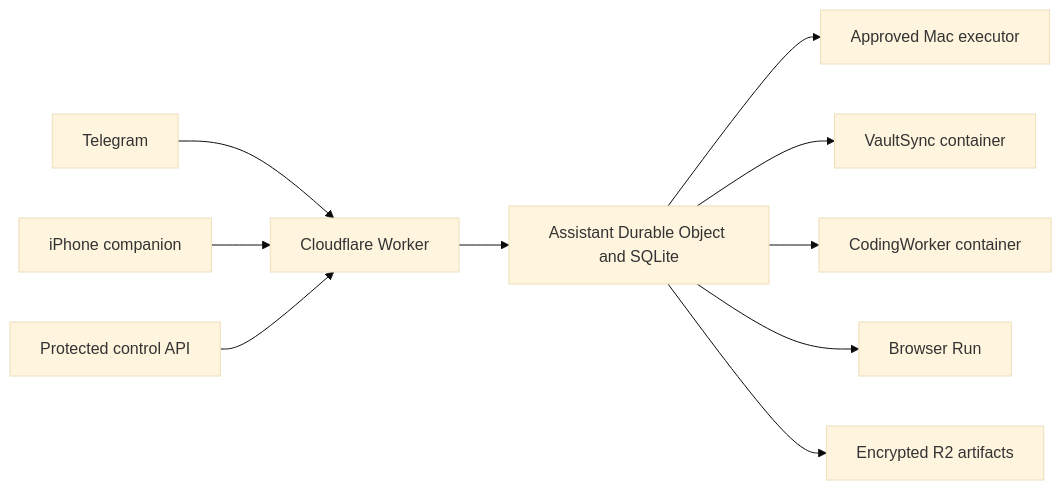
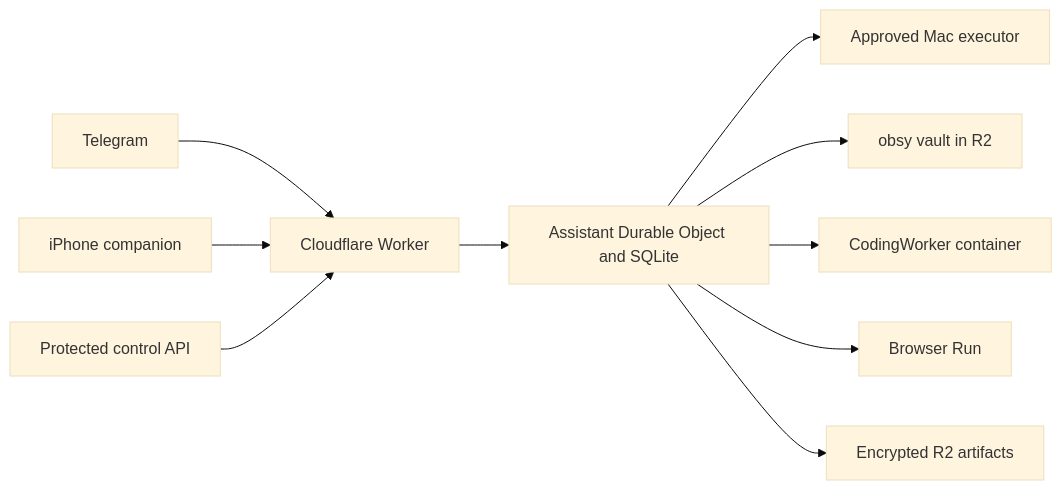
Before and after one commit to krak7602/umpi: the diagram in README.md, drawn with Mermaid (base theme). The commit also changed other lines of this file and 18 other files, not shown here.

First line of the commit message:
Write daily notes to the obsy vault over an R2 binding

````diff
--- a/README.md
+++ b/README.md
@@ -23,12 +23,12 @@
 ```mermaid
 flowchart LR
     Telegram[Telegram] --> Worker[Cloudflare Worker]
     Phone[iPhone companion] --> Worker
     Control[Protected control API] --> Worker
     Worker --> Assistant[Assistant Durable Object and SQLite]
     Assistant --> Mac[Approved Mac executor]
-    Assistant --> Vault[VaultSync container]
+    Assistant --> Vault[obsy vault in R2]
     Assistant --> Coding[CodingWorker container]
     Assistant --> Browser[Browser Run]
     Assistant --> R2[Encrypted R2 artifacts]
 ```
````
